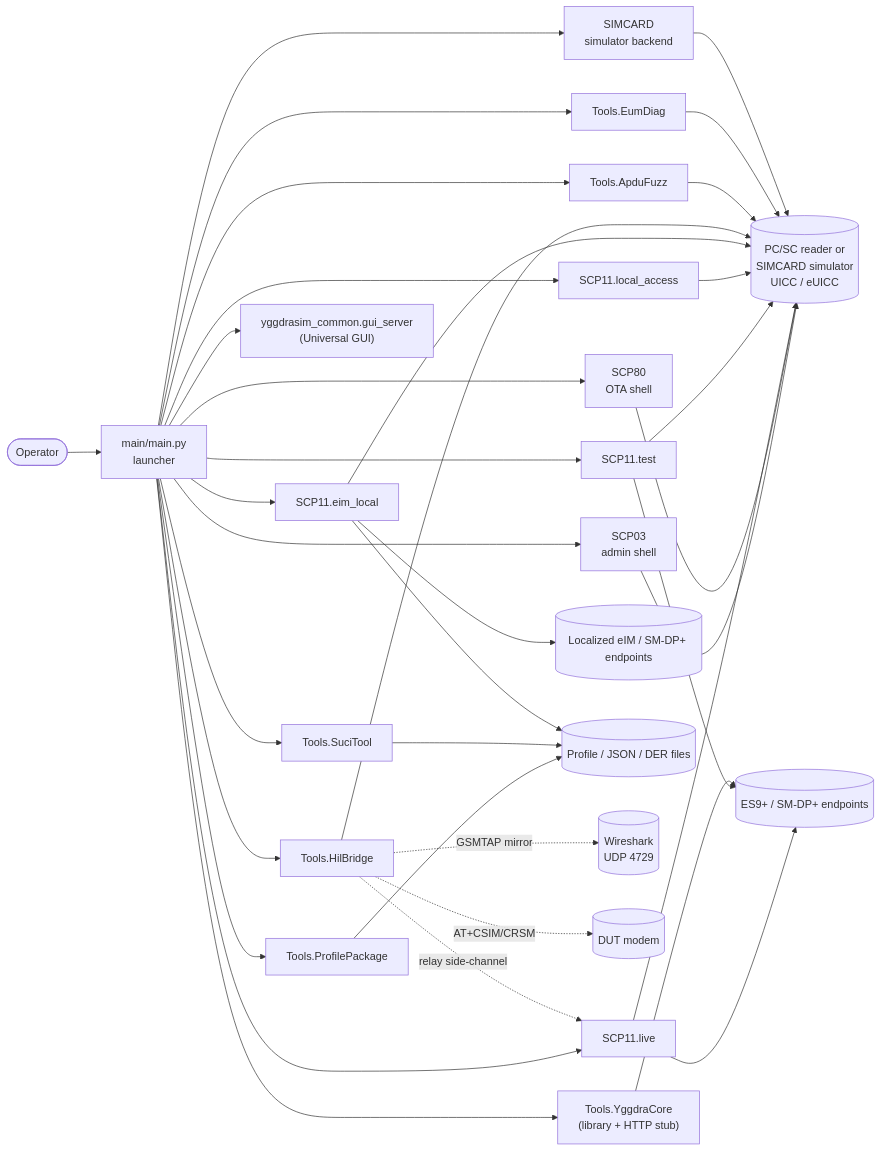
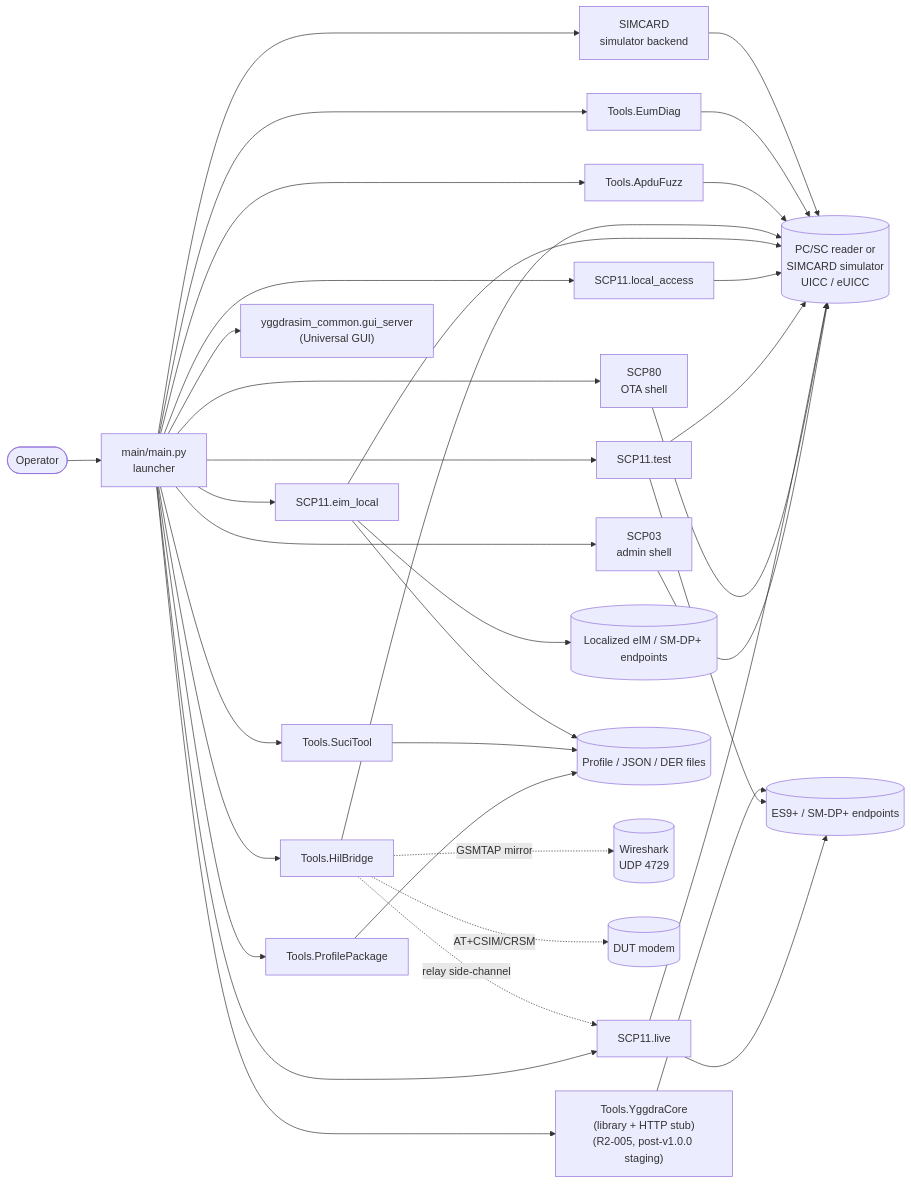
Before and after one commit to 1oT/YggdraSIM: the first of 14 diagrams in site-docs/architecture.md, drawn with Mermaid. The commit also changed other lines of this file and 20 other files, not shown here.

````diff
--- a/site-docs/architecture.md
+++ b/site-docs/architecture.md
@@ -37,43 +37,43 @@
 ```mermaid
 flowchart LR
     Operator(["Operator"]) --> Launcher["main/main.py<br/>launcher"]
 
     Launcher --> SCP03["SCP03<br/>admin shell"]
     Launcher --> SCP80["SCP80<br/>OTA shell"]
     Launcher --> Live["SCP11.live"]
     Launcher --> Test["SCP11.test"]
     Launcher --> Local["SCP11.local_access"]
     Launcher --> EimLocal["SCP11.eim_local"]
     Launcher --> ProfileTool["Tools.ProfilePackage"]
     Launcher --> HilBridge["Tools.HilBridge"]
     Launcher --> Suci["Tools.SuciTool"]
     Launcher --> ApduFuzz["Tools.ApduFuzz"]
     Launcher --> EumDiag["Tools.EumDiag"]
-    Launcher --> YggdraCore["Tools.YggdraCore<br/>(library + HTTP stub)"]
+    Launcher --> YggdraCore["Tools.YggdraCore<br/>(library + HTTP stub)<br/>(R2-005, post-v1.0.0 staging)"]
     Launcher --> Simulator["SIMCARD<br/>simulator backend"]
     Launcher --> GuiServer["yggdrasim_common.gui_server<br/>(Universal GUI)"]
 
     SCP03 --> Card[("PC/SC reader or<br/>SIMCARD simulator<br/>UICC / eUICC")]
     SCP80 --> Card
     Live --> Card
     Test --> Card
     Local --> Card
     EimLocal --> Card
     HilBridge --> Card
     ApduFuzz --> Card
     EumDiag --> Card
     Simulator --> Card
 
     Live --> Network[("ES9+ / SM-DP+ endpoints")]
     Test --> Network
     EimLocal --> LocalServices[("Localized eIM / SM-DP+ endpoints")]
     YggdraCore --> Network
 
     ProfileTool --> Files[("Profile / JSON / DER files")]
     Suci --> Files
     EimLocal --> Files
 
     HilBridge -. GSMTAP mirror .-> Wireshark[("Wireshark<br/>UDP 4729")]
     HilBridge -. relay side-channel .-> Live
     HilBridge -. AT+CSIM/CRSM .-> Modem[("DUT modem")]
 ```
````
